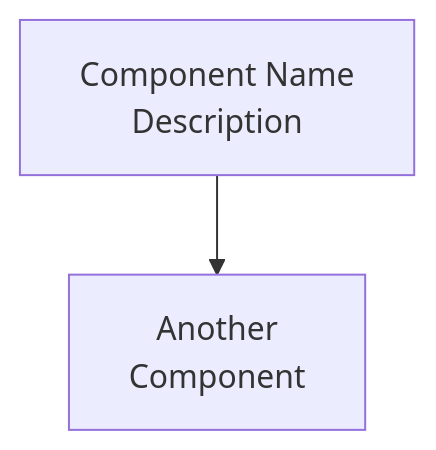
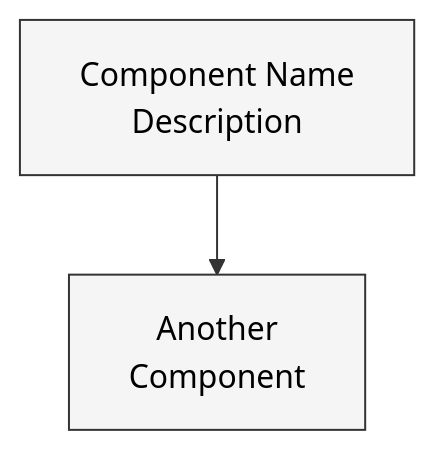
The diagram in wiki/README.md (sw-game-dev/game-mcp-poc), drawn with Mermaid before and after one commit. The commit also changed 6 other files, not shown here.

First line of the commit message:
fix: Improve mermaid diagram contrast with theme and lighter colors

````diff
--- a/wiki/README.md
+++ b/wiki/README.md
@@ -99,4 +99,5 @@
 ```mermaid
+%%{init: {'theme':'base', 'themeVariables': {'primaryColor':'#f5f5f5','primaryTextColor':'#000','primaryBorderColor':'#333','lineColor':'#333','secondaryColor':'#f5f5f5','tertiaryColor':'#f5f5f5'}}}%%
 graph TB
     A[Component Name<br/>Description] --> B[Another<br/>Component]
 ```
````
